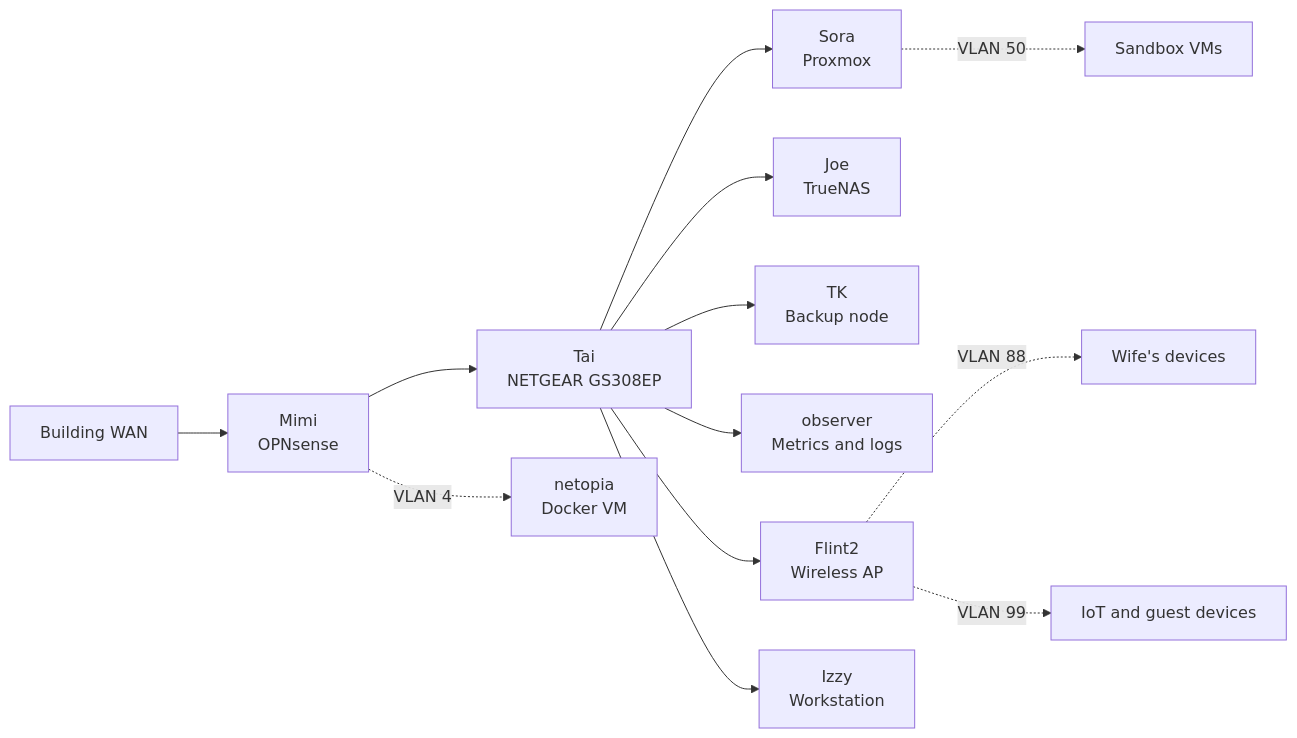
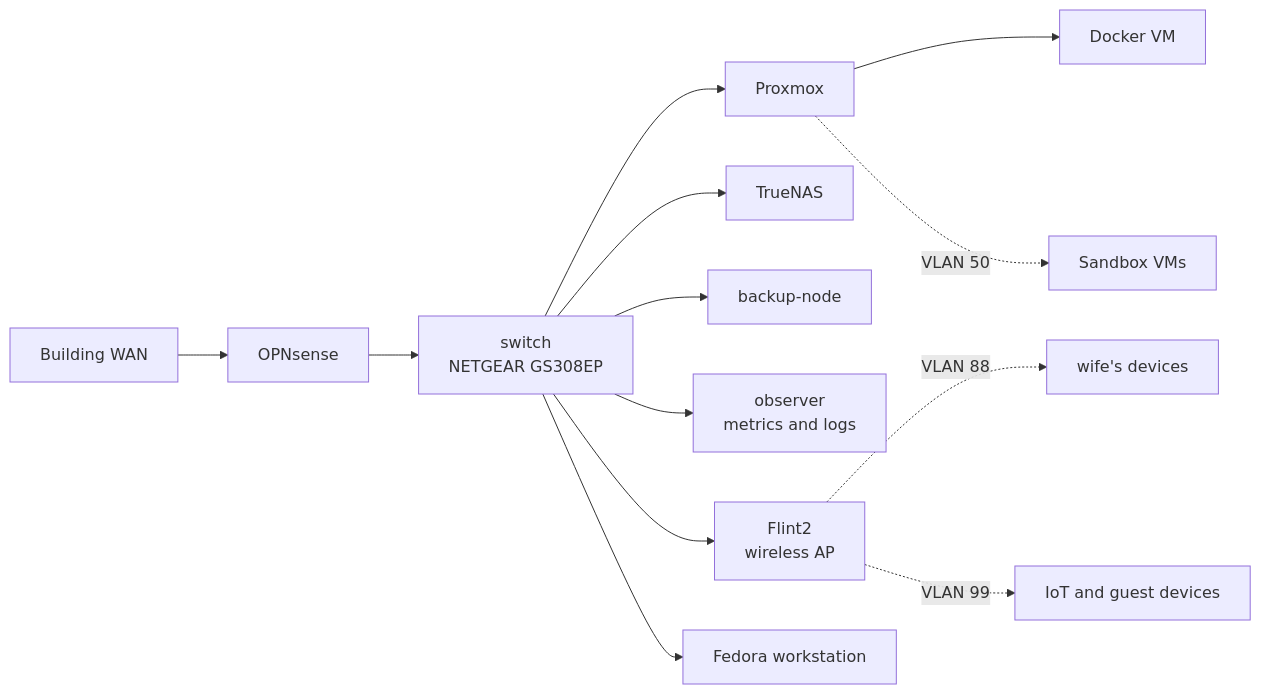
Before and after one commit to slowpoke1101/homelab: the diagram in Architecture Overview/README.md, drawn with Mermaid. The commit also changed other lines of this file and 25 other files, not shown here.

````diff
--- a/Architecture Overview/README.md
+++ b/Architecture Overview/README.md
@@ -14,16 +25,15 @@
 ```mermaid
 flowchart LR
-	WAN[Building WAN] --> Mimi[Mimi<br/>OPNsense]
-	Mimi --> Tai[Tai<br/>NETGEAR GS308EP]
-	Tai --> Sora[Sora<br/>Proxmox]
-	Tai --> Joe[Joe<br/>TrueNAS]
-	Tai --> TK[TK<br/>Backup node]
-	Tai --> observer[observer<br/>Metrics and logs]
-	Tai --> Flint2[Flint2<br/>Wireless AP]
-	Tai --> Izzy[Izzy<br/>Workstation]
-
-	Mimi -. VLAN 4 .-> netopia[netopia<br/>Docker VM]
-	Flint2 -. VLAN 88 .-> Wife[Wife's devices]
-	Flint2 -. VLAN 99 .-> IoT[IoT and guest devices]
-	Sora -. VLAN 50 .-> Sandbox[Sandbox VMs]
+    WAN[Building WAN] --> OPNsense[OPNsense]
+    OPNsense --> Switch[switch<br/>NETGEAR GS308EP]
+    Switch --> Proxmox[Proxmox]
+    Switch --> TrueNAS[TrueNAS]
+    Switch --> BackupNode[backup-node]
+    Switch --> Observer[observer<br/>metrics and logs]
+    Switch --> Flint2[Flint2<br/>wireless AP]
+    Switch --> Fedora[Fedora workstation]
+    Proxmox --> DockerVM[Docker VM]
+    Flint2 -. VLAN 88 .-> Wife[wife's devices]
+    Flint2 -. VLAN 99 .-> IoT[IoT and guest devices]
+    Proxmox -. VLAN 50 .-> Sandbox[Sandbox VMs]
 ```
````
